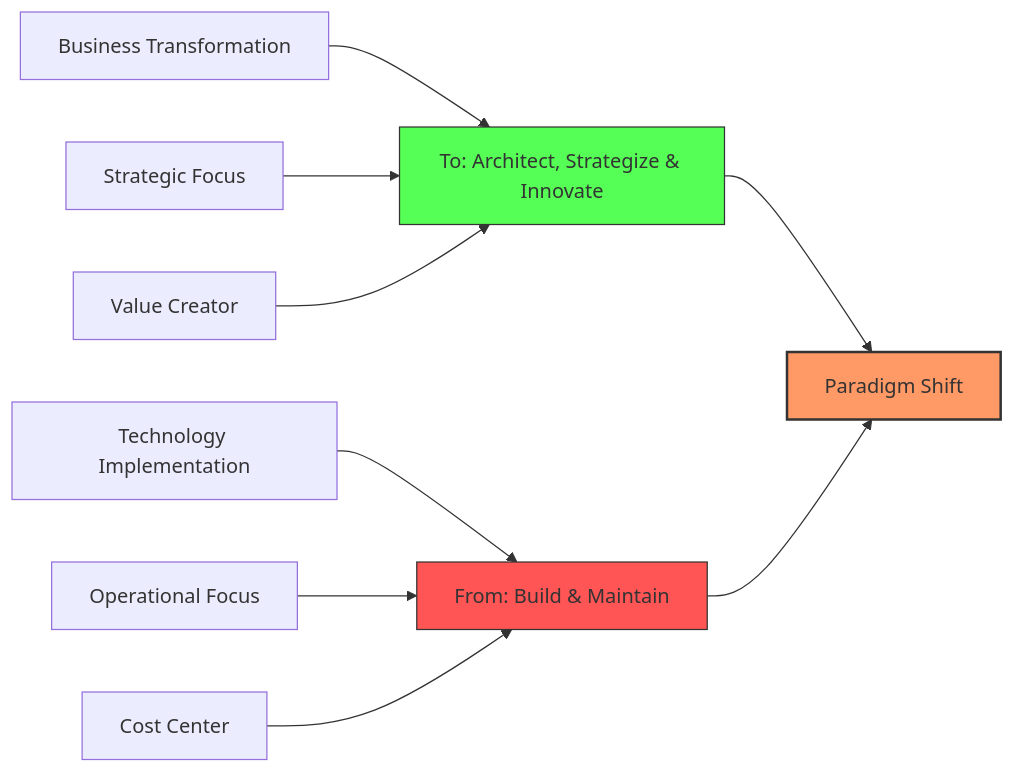
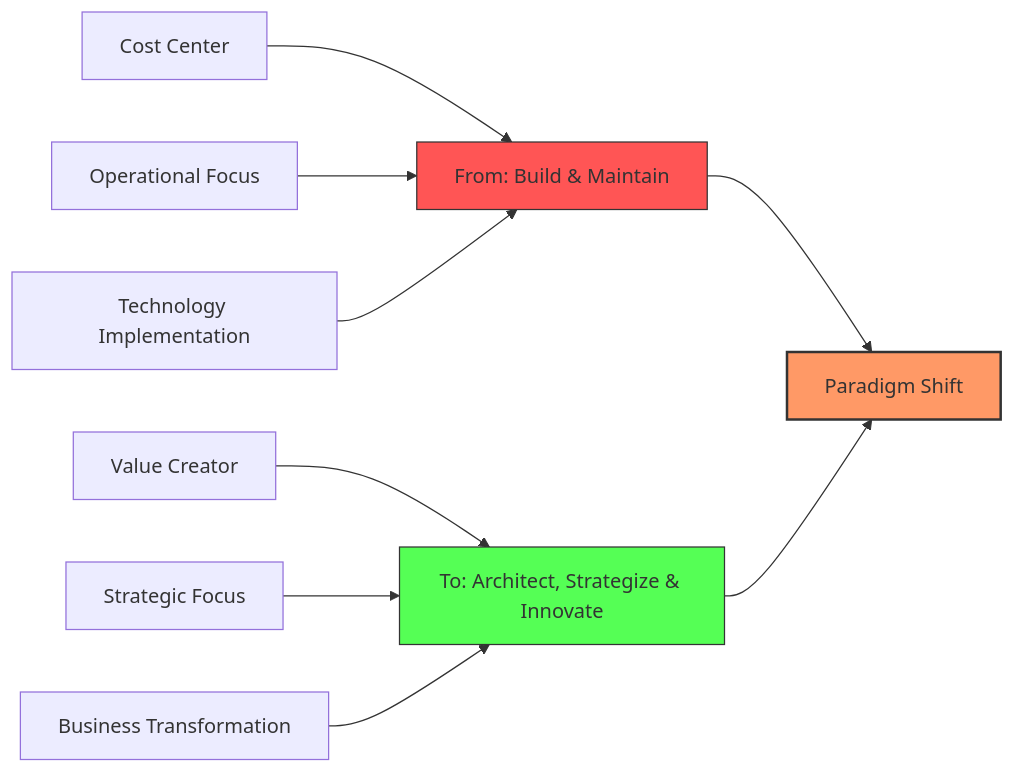
One commit to AliceNN-ucdenver/Iasa changed the sixth of 8 diagrams in cio-may.md. Above: the diagram before and after it, drawn with Mermaid. The commit also changed other lines of this file, not shown here.

````diff
--- a/cio-may.md
+++ b/cio-may.md
@@ -189,17 +201,17 @@
 ```mermaid
 flowchart LR
-    C3["Business Transformation"] --> C["To: Architect, Strategize & Innovate"]
+    B1["Cost Center"] --> B["From: Build & Maintain"]
+    B2["Operational Focus"] --> B
+    B3["Technology Implementation"] --> B
+    
+    C1["Value Creator"] --> C["To: Architect, Strategize & Innovate"]
     C2["Strategic Focus"] --> C
-    C1["Value Creator"] --> C
+    C3["Business Transformation"] --> C
     
-    B3["Technology Implementation"] --> B["From: Build & Maintain"]
-    B2["Operational Focus"] --> B
-    B1["Cost Center"] --> B
-    
-    C --> A["Paradigm Shift"]
-    B --> A
+    B --> A["Paradigm Shift"]
+    C --> A
     
     style A fill:#f96,stroke:#333,stroke-width:2px
     style B fill:#f55,stroke:#333,stroke-width:1px
     style C fill:#5f5,stroke:#333,stroke-width:1px
 ```
````
